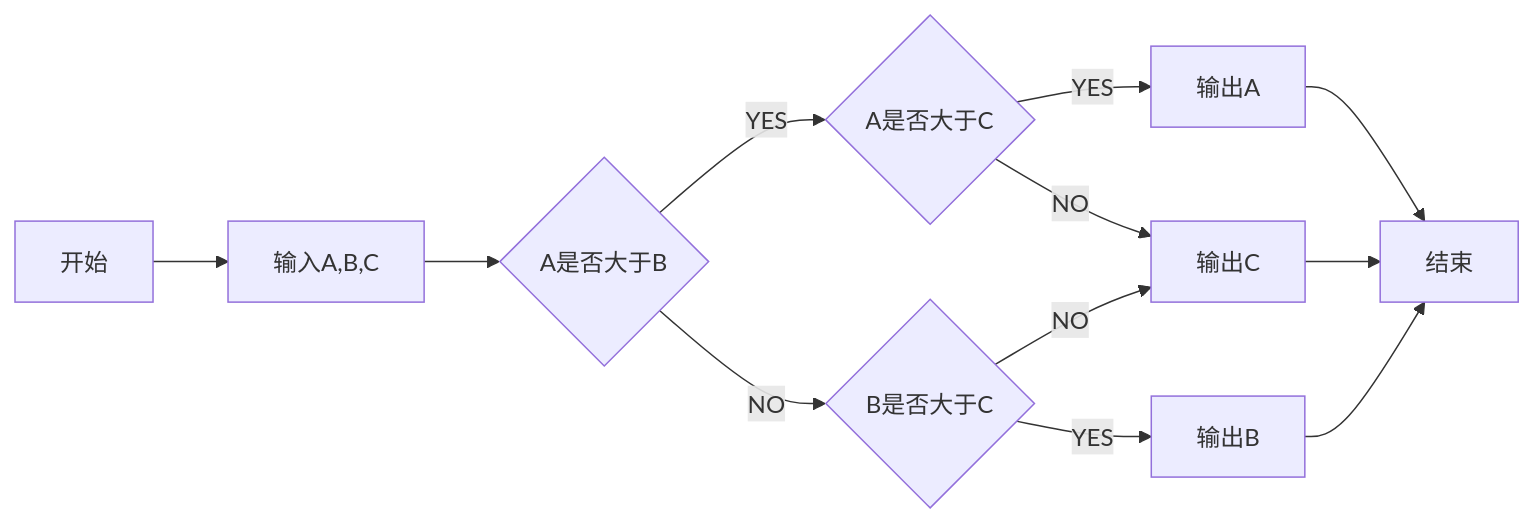
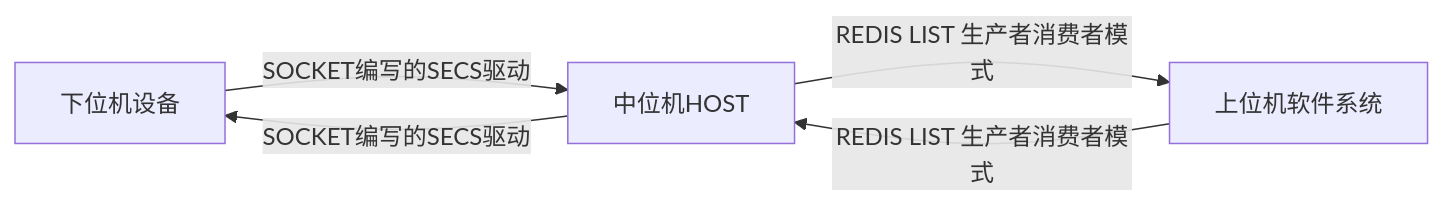
Before and after one commit to eddyzhang1986/ArchitectureSorting: the fourth of 5 diagrams in 常见架构风格&模式以及关键代码整理.md, drawn with Mermaid.

Commit message:
增加

````diff
--- a/常见架构风格&模式以及关键代码整理.md
+++ b/常见架构风格&模式以及关键代码整理.md
@@ -175,14 +175,8 @@
 		```mermaid
 		graph LR
-				 start[开始] --> input[输入A,B,C]
-				 input --> conditionA{A是否大于B}
-				 conditionA -- YES --> conditionC{A是否大于C}
-				 conditionA -- NO --> conditionB{B是否大于C}
-				 conditionC -- YES --> printA[输出A]
-				 conditionC -- NO --> printC[输出C]
-				 conditionB -- YES --> printB[输出B]
-				 conditionB -- NO --> printC[输出C]
-				 printA --> stop[结束]
-				 printC --> stop
-				 printB --> stop
+			A[下位机设备] -- SOCKET编写的SECS驱动 --> B[中位机HOST]
+			B -- SOCKET编写的SECS驱动 --> A
+			B -- REDIS LIST 生产者消费者模式 --> C[上位机软件系统]
+			C -- REDIS LIST 生产者消费者模式 --> B
+	
 		```
````
